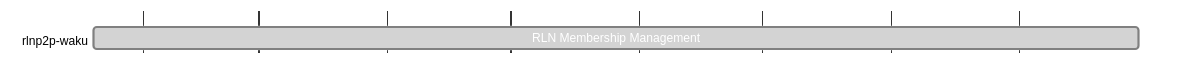
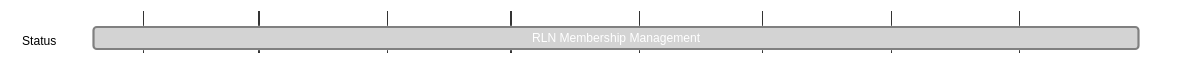
The diagram in content/vac/acz/rlnp2p/waku/rln-membership-management.md (logos-co/roadmap), drawn with Mermaid before and after one commit. The commit also changed 7 other files, not shown here.

````diff
--- a/content/vac/acz/rlnp2p/waku/rln-membership-management.md
+++ b/content/vac/acz/rlnp2p/waku/rln-membership-management.md
@@ -7,19 +7,19 @@
 ```mermaid
 %%{ 
   init: { 
     'theme': 'base', 
     'themeVariables': { 
       'primaryColor': '#BB2528', 
       'primaryTextColor': '#fff', 
       'primaryBorderColor': '#7C0000', 
       'lineColor': '#F8B229', 
       'secondaryColor': '#006100', 
       'tertiaryColor': '#fff' 
     } 
   } 
 }%%
 gantt
 	dateFormat YYYY-MM-DD 
-	section rlnp2p-waku
+	section Status
 		RLN Membership Management :done, 2023-01-20, 2023-09-30
 ```
````
